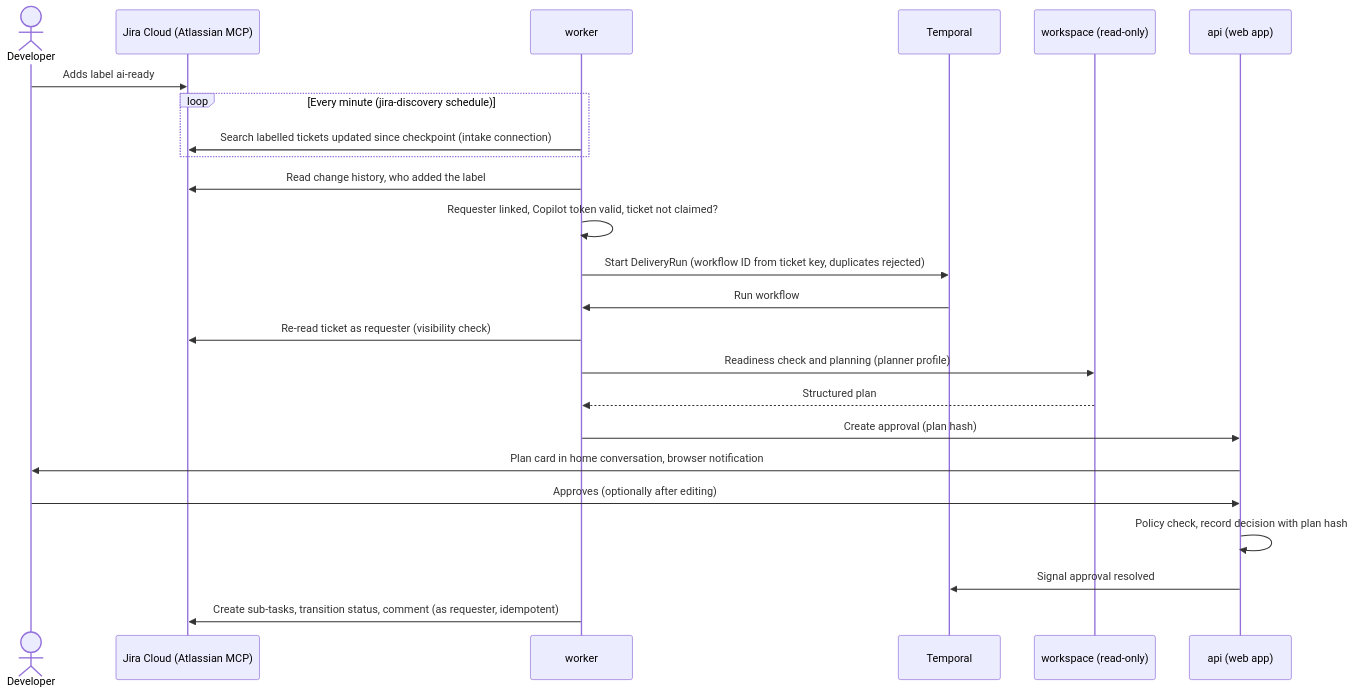
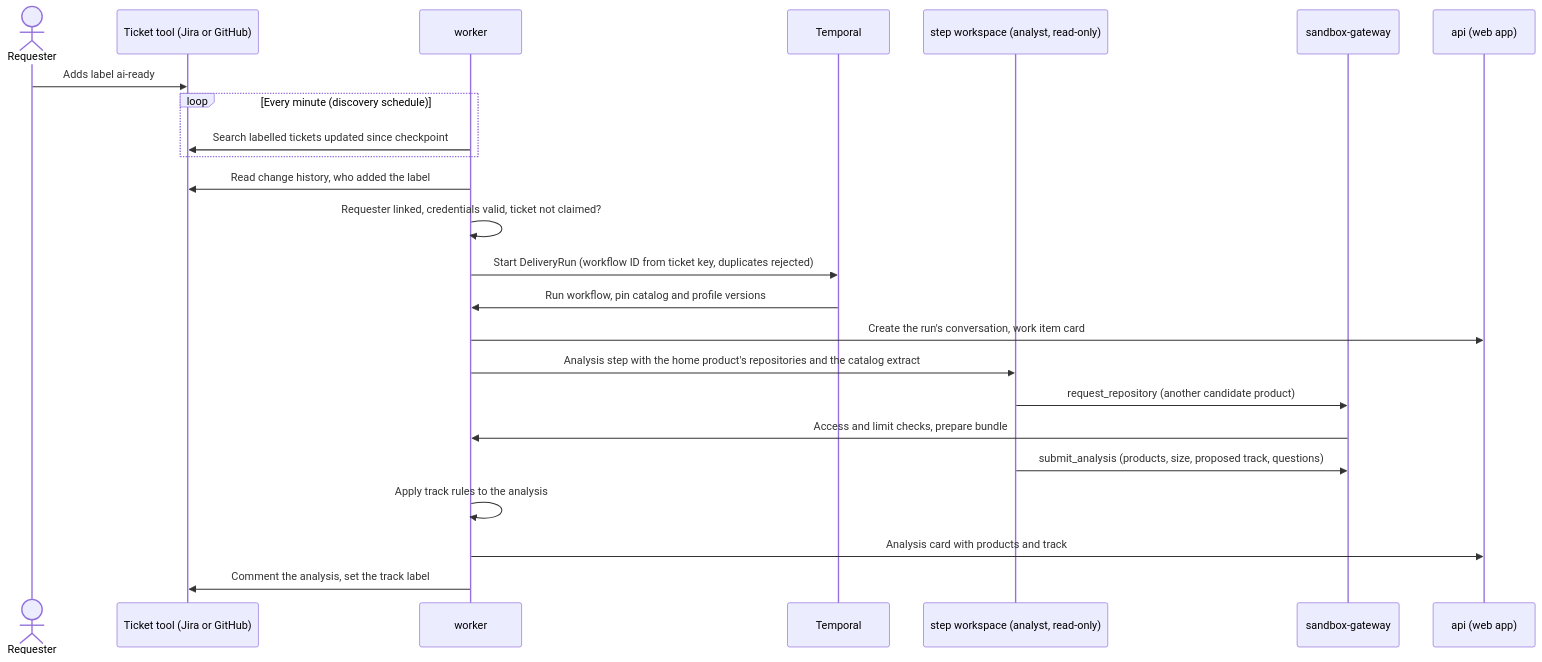
The third of 9 diagrams in docs/architecture.md (luigi-lt/orchestrator), drawn with Mermaid before and after one commit. The commit also changed other lines of this file and 2 other files, not shown here.

First line of the commit message:
Architecture v2.0: design for iteration 2

````diff
--- a/docs/architecture.md
+++ b/docs/architecture.md
@@ -379,26 +479,26 @@
 ```mermaid
 sequenceDiagram
-  actor Dev as Developer
-  participant Jira as Jira Cloud (Atlassian MCP)
+  actor Dev as Requester
+  participant Jira as Ticket tool (Jira or GitHub)
   participant W as worker
   participant T as Temporal
-  participant WS as workspace (read-only)
+  participant WS as step workspace (analyst, read-only)
+  participant G as sandbox-gateway
   participant API as api (web app)
   Dev->>Jira: Adds label ai-ready
-  loop Every minute (jira-discovery schedule)
-    W->>Jira: Search labelled tickets updated since checkpoint (intake connection)
+  loop Every minute (discovery schedule)
+    W->>Jira: Search labelled tickets updated since checkpoint
   end
   W->>Jira: Read change history, who added the label
-  W->>W: Requester linked, Copilot token valid, ticket not claimed?
+  W->>W: Requester linked, credentials valid, ticket not claimed?
   W->>T: Start DeliveryRun (workflow ID from ticket key, duplicates rejected)
-  T->>W: Run workflow
-  W->>Jira: Re-read ticket as requester (visibility check)
-  W->>WS: Readiness check and planning (planner profile)
-  WS-->>W: Structured plan
-  W->>API: Create approval (plan hash)
-  API->>Dev: Plan card in home conversation, browser notification
-  Dev->>API: Approves (optionally after editing)
-  API->>API: Policy check, record decision with plan hash
-  API->>T: Signal approval resolved
-  W->>Jira: Create sub-tasks, transition status, comment (as requester, idempotent)
+  T->>W: Run workflow, pin catalog and profile versions
+  W->>API: Create the run's conversation, work item card
+  W->>WS: Analysis step with the home product's repositories and the catalog extract
+  WS->>G: request_repository (another candidate product)
+  G->>W: Access and limit checks, prepare bundle
+  WS->>G: submit_analysis (products, size, proposed track, questions)
+  W->>W: Apply track rules to the analysis
+  W->>API: Analysis card with products and track
+  W->>Jira: Comment the analysis, set the track label
 ```
````
